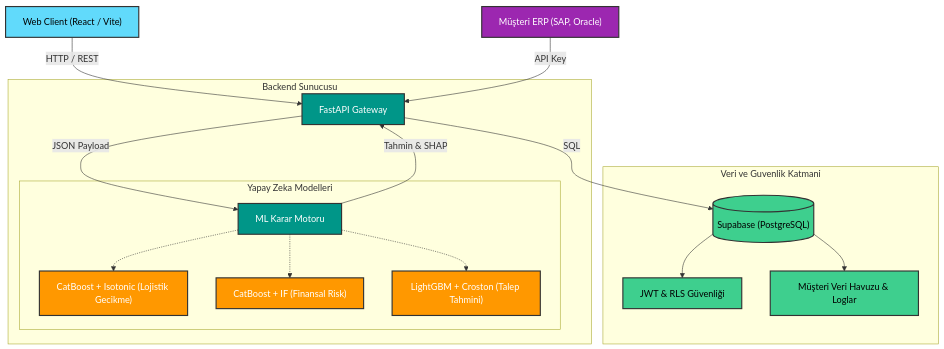
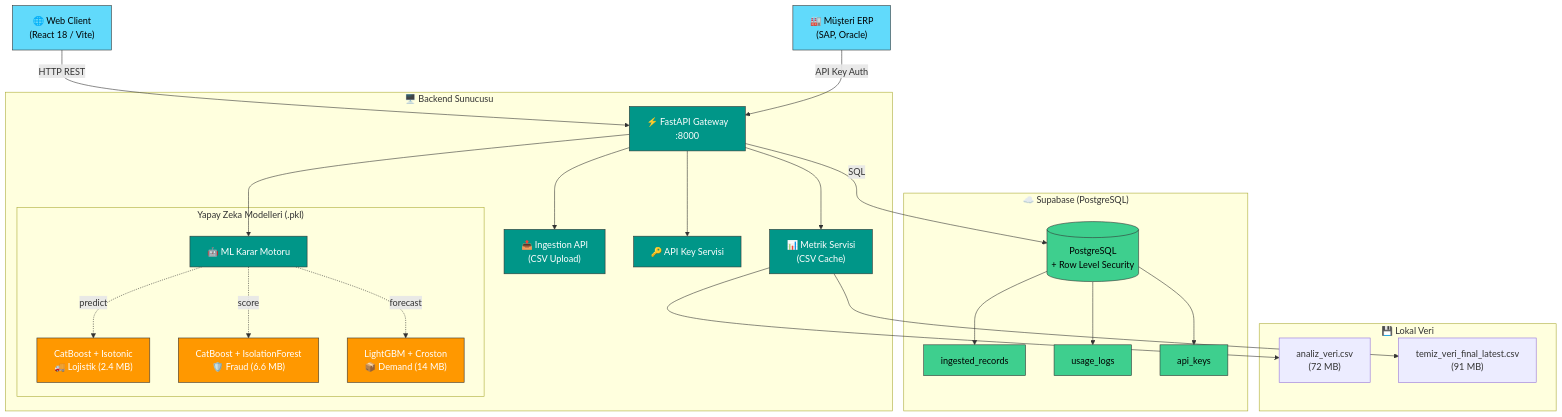
The diagram in README.md (Erkan3034/cognitive-logix), drawn with Mermaid before and after one commit. The commit also changed other lines of this file, not shown here.

First line of the commit message:
docs: rewrite README — professional badges, API docs, architecture, project structure

````diff
--- a/README.md
+++ b/README.md
@@ -47,38 +133,39 @@
 ```mermaid
 graph TD
-    %% Frontend Layer
-    Client["Web Client (React / Vite)"] -->|"HTTP / REST"| API["FastAPI Gateway"]
-    External["Müşteri ERP (SAP, Oracle)"] -->|"API Key"| API
-    
-    %% Backend & ML Layer
-    subgraph Backend Sunucusu
-        API -->|"JSON Payload"| ML["ML Karar Motoru"]
-        ML -->|"Tahmin & SHAP"| API
-        
-        subgraph Yapay Zeka Modelleri
-            ML -.-> Lojistik["CatBoost + Isotonic (Lojistik Gecikme)"]
-            ML -.-> Fraud["CatBoost + IF (Finansal Risk)"]
-            ML -.-> Demand["LightGBM + Croston (Talep Tahmini)"]
+    Client["🌐 Web Client\n(React 18 / Vite)"] -->|HTTP REST| GW["⚡ FastAPI Gateway\n:8000"]
+    ERP["🏭 Müşteri ERP\n(SAP, Oracle)"] -->|API Key Auth| GW
+
+    subgraph Backend["🖥️ Backend Sunucusu"]
+        GW --> ML["🤖 ML Karar Motoru"]
+        GW --> DB_SVC["📊 Metrik Servisi\n(CSV Cache)"]
+        GW --> ING["📤 Ingestion API\n(CSV Upload)"]
+        GW --> AUTH["🔑 API Key Servisi"]
+
+        subgraph Models["Yapay Zeka Modelleri (.pkl)"]
+            ML -.->|predict| LOG["CatBoost + Isotonic\n🚚 Lojistik (2.4 MB)"]
+            ML -.->|score| FRD["CatBoost + IsolationForest\n🛡️ Fraud (6.6 MB)"]
+            ML -.->|forecast| DEM["LightGBM + Croston\n📦 Demand (14 MB)"]
         end
     end
-    
-    %% Database Layer
-    subgraph Veri ve Guvenlik Katmani
-        API -->|"SQL"| Supabase[("Supabase (PostgreSQL)")]
-        Supabase --> Auth["JWT & RLS Güvenliği"]
-        Supabase --> DB["Müşteri Veri Havuzu & Loglar"]
+
+    subgraph Storage["☁️ Supabase (PostgreSQL)"]
+        GW -->|SQL| SB[("PostgreSQL\n+ Row Level Security")]
+        SB --> T1["ingested_records"]
+        SB --> T2["usage_logs"]
+        SB --> T3["api_keys"]
     end
-    
-    %% Styling
-    classDef client fill:#61DAFB,stroke:#333,stroke-width:2px,color:#000
-    classDef api fill:#009688,stroke:#333,stroke-width:2px,color:#fff
-    classDef ml fill:#FF9800,stroke:#333,stroke-width:2px,color:#fff
-    classDef db fill:#3ECF8E,stroke:#333,stroke-width:2px,color:#000
-    classDef ext fill:#9C27B0,stroke:#333,stroke-width:2px,color:#fff
-    
-    class Client client
-    class External ext
-    class API,ML api
-    class Lojistik,Fraud,Demand ml
-    class Supabase,Auth,DB db
+
+    subgraph DataLayer["💾 Lokal Veri"]
+        DB_SVC --> CSV1["analiz_veri.csv\n(72 MB)"]
+        DB_SVC --> CSV2["temiz_veri_final_latest.csv\n(91 MB)"]
+    end
+
+    classDef client fill:#61DAFB,stroke:#333,color:#000
+    classDef api fill:#009688,stroke:#333,color:#fff
+    classDef ml fill:#FF9800,stroke:#333,color:#fff
+    classDef db fill:#3ECF8E,stroke:#333,color:#000
+    class Client,ERP client
+    class GW,ML,DB_SVC,ING,AUTH api
+    class LOG,FRD,DEM ml
+    class SB,T1,T2,T3 db
 ```
````
